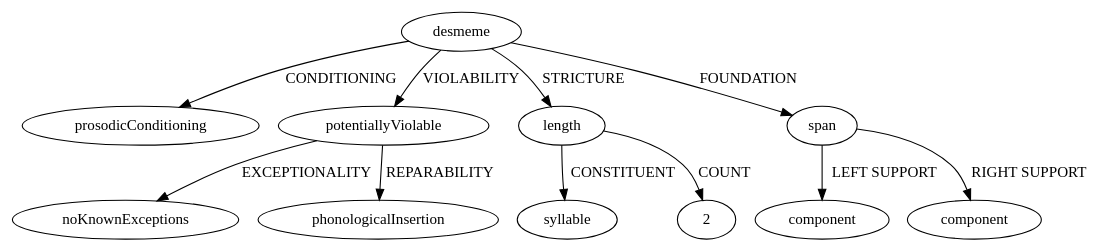
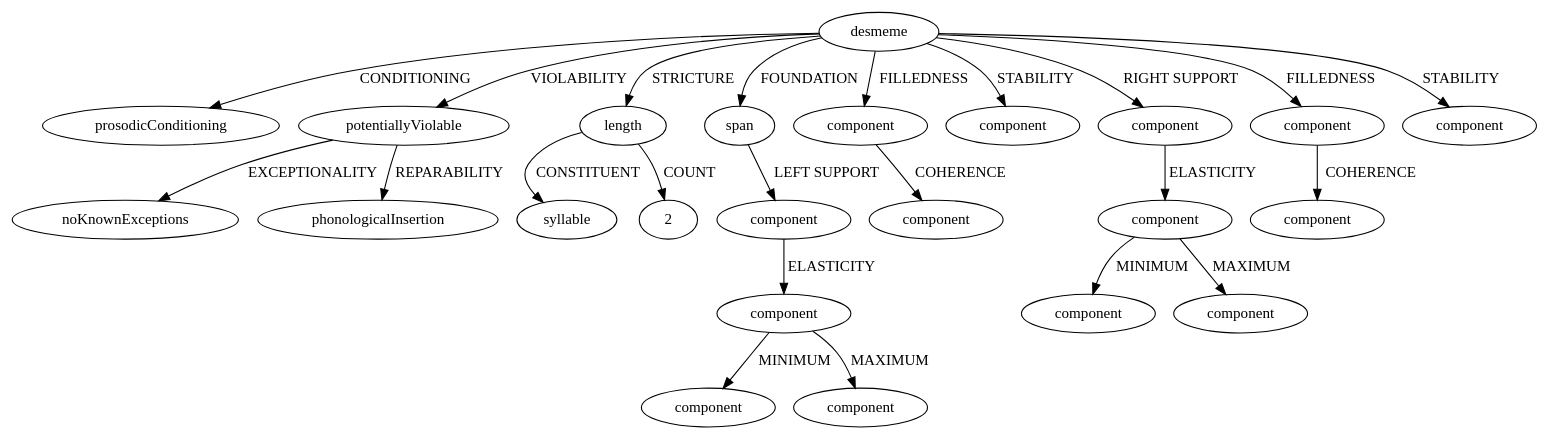
One commit to jcgood/desmeme changed the diagram in Graphs/ChichewaWordMinimality-PhMOR.dot. Above: the diagram before and after it, drawn with Graphviz. The commit also changed 69 other files, not shown here.

```diff
--- a/Graphs/ChichewaWordMinimality-PhMOR.dot
+++ b/Graphs/ChichewaWordMinimality-PhMOR.dot
@@ -1,78 +1,162 @@
 digraph graphname {
-	graph [bb="0,0,858.71,213"];
+	graph [bb="0,0,1232.6,390"];
 	node [label="\N"];
 	desmeme	[height=0.5,
 		label=desmeme,
-		pos="355.2,195",
+		pos="704.2,372",
 		width=1.2985];
 	prosodicConditioning	[height=0.5,
 		label=prosodicConditioning,
-		pos="102.2,106.5",
+		pos="121.2,283.5",
 		width=2.5353];
 	desmeme -> prosodicConditioning	[label=CONDITIONING,
-		lp="251.7,150.75",
-		pos="e,129.8,124.1 312.49,187.2 281.34,181.53 238.42,172.23 202.2,159 180.79,151.18 158.11,139.78 139.77,129.7"];
+		lp="320.7,327.75",
+		pos="e,158.69,300.31 657.2,371.02 577.11,370.22 409.45,364.84 271.2,336 236.31,328.72 198.34,315.63 169.34,304.47"];
 	potentiallyViolable	[height=0.5,
 		label=potentiallyViolable,
-		pos="293.2,106.5",
+		pos="312.2,283.5",
 		width=2.2794];
 	desmeme -> potentiallyViolable	[label=VIOLABILITY,
-		lp="357.08,150.75",
-		pos="e,297.85,124.78 333.19,178.64 326.35,173.06 319.23,166.31 313.95,159 308.89,151.99 304.83,143.56 301.69,135.58"];
+		lp="459.08,327.75",
+		pos="e,338.9,300.93 657.28,370.16 599.4,368.03 498.54,360.72 415.95,336 392.6,329.01 368.1,317.09 348.78,306.48"];
 	length	[height=0.5,
 		label=length,
-		pos="431.2,106.5",
+		pos="497.2,283.5",
 		width=0.94305];
 	desmeme -> length	[label=STRICTURE,
-		lp="448.83,150.75",
-		pos="e,423.11,124.31 377.65,179.1 385.33,173.36 393.63,166.4 400.2,159 406.8,151.56 412.78,142.53 417.69,134.12"];
+		lp="554.45,327.75",
+		pos="e,499.72,301.86 658.65,367.47 610.53,362.88 538.75,353.33 517.7,336 510.57,330.13 505.91,321.43 502.86,312.84"];
 	span	[height=0.5,
 		label=span,
-		pos="644.2,106.5",
+		pos="590.2,283.5",
 		width=0.77245];
 	desmeme -> span	[label=FOUNDATION,
-		lp="584.14,150.75",
-		pos="e,620.19,116.02 394.09,184.56 420.93,177.86 457.39,168.43 489.2,159 530.85,146.66 578.15,130.64 609.43,119.77"];
+		lp="647.7,327.75",
+		pos="e,590.89,301.76 660.49,365.12 640.83,360.34 618.8,351.68 604.2,336 598.36,329.73 594.92,321.28 592.9,313.03"];
+	component_ChichewaWordMinimalityLeftSupport_open	[height=0.5,
+		label=component,
+		pos="688.2,283.5",
+		width=1.4549];
+	desmeme -> component_ChichewaWordMinimalityLeftSupport_open	[label=FILLEDNESS,
+		lp="737.38,327.75",
+		pos="e,691.41,301.85 701.04,353.91 698.89,342.26 695.98,326.55 693.48,313.02"];
+	component_ChichewaWordMinimalityLeftSupport_stable	[height=0.5,
+		label=component,
+		pos="811.2,283.5",
+		width=1.4549];
+	desmeme -> component_ChichewaWordMinimalityLeftSupport_stable	[label=STABILITY,
+		lp="829.5,327.75",
+		pos="e,804.49,301.62 739.86,360.09 753.89,354.53 769.44,346.63 781.2,336 788.62,329.29 794.72,320.3 799.43,311.72"];
+	component_ChichewaWordMinimalityRightSupport	[height=0.5,
+		label=component,
+		pos="934.2,283.5",
+		width=1.4549];
+	desmeme -> component_ChichewaWordMinimalityRightSupport	[label="RIGHT SUPPORT",
+		lp="945.42,327.75",
+		pos="e,917.72,300.85 749.44,366.89 783.39,362.52 830.34,353.66 868.2,336 883.11,329.05 897.73,318.18 909.41,308.22"];
+	component_ChichewaWordMinimalityRightSupport_open	[height=0.5,
+		label=component,
+		pos="1057.2,283.5",
+		width=1.4549];
+	desmeme -> component_ChichewaWordMinimalityRightSupport_open	[label=FILLEDNESS,
+		lp="1065,327.75",
+		pos="e,1043.9,301.39 750.58,369.01 822.62,365.34 957.67,355.99 1001.2,336 1014.4,329.95 1026.6,319.61 1036.2,309.78"];
+	component_ChichewaWordMinimalityRightSupport_stable	[height=0.5,
+		label=component,
+		pos="1180.2,283.5",
+		width=1.4549];
+	desmeme -> component_ChichewaWordMinimalityRightSupport_stable	[label=STABILITY,
+		lp="1173.6,327.75",
+		pos="e,1163.4,300.8 750.89,370.09 842.97,367.78 1044.6,360.07 1109.2,336 1125.8,329.79 1142.1,318.55 1154.8,308.14"];
 	noKnownExceptions	[height=0.5,
 		label=noKnownExceptions,
-		pos="88.202,18",
+		pos="88.202,195",
 		width=2.45];
 	potentiallyViolable -> noKnownExceptions	[label=EXCEPTIONALITY,
-		lp="227.45,62.25",
-		pos="e,110.74,35.737 236.67,93.128 215.22,87.495 190.87,79.947 169.7,70.5 152.4,62.777 134.46,51.813 119.84,41.986"];
+		lp="235.45,239.25",
+		pos="e,112.75,212.53 252.83,270.67 229.01,264.99 201.6,257.28 177.7,247.5 158.6,239.69 138.58,228.49 122.33,218.53"];
 	phonologicalInsertion	[height=0.5,
 		label=phonologicalInsertion,
-		pos="286.2,18",
+		pos="286.2,195",
 		width=2.5496];
 	potentiallyViolable -> phonologicalInsertion	[label=REPARABILITY,
-		lp="339.08,62.25",
-		pos="e,287.61,36.35 291.82,88.41 290.88,76.758 289.6,61.047 288.51,47.519"];
+		lp="350.28,239.25",
+		pos="e,291.42,213.35 307.06,265.41 303.53,253.64 298.74,237.73 294.65,224.11"];
 	syllable	[height=0.5,
 		label=syllable,
-		pos="435.2,18",
+		pos="435.2,195",
 		width=1.0994];
 	length -> syllable	[label=CONSTITUENT,
-		lp="478.7,62.25",
-		pos="e,433.48,36.431 431.25,88.323 431.35,78.306 431.6,65.431 432.2,54 432.31,51.943 432.44,49.819 432.59,47.682"];
+		lp="464.7,239.25",
+		pos="e,422.89,212.26 465.15,276.96 448.12,272.21 428.59,263.47 418.2,247.5 413.29,239.95 414.42,230.86 417.76,222.43"];
 	"ChichewaWordMinimality-PhMOR-length-COUNT-1_2"	[height=0.5,
 		label=2,
-		pos="547.2,18",
+		pos="529.2,195",
 		width=0.75];
 	length -> "ChichewaWordMinimality-PhMOR-length-COUNT-1_2"	[label=COUNT,
-		lp="559.83,62.25",
-		pos="e,543.54,36.323 463.39,100.2 483.35,95.44 508.32,86.605 525.2,70.5 531.85,64.154 536.59,55.47 539.93,47.04"];
+		lp="543.63,239.25",
+		pos="e,525.53,212.99 506.72,265.74 509.7,260.07 512.83,253.62 515.2,247.5 518.1,240.04 520.63,231.76 522.72,224.05"];
 	component_ChichewaWordMinimalityLeftSupport	[height=0.5,
 		label=component,
-		pos="644.2,18",
+		pos="626.2,195",
 		width=1.4549];
 	span -> component_ChichewaWordMinimalityLeftSupport	[label="LEFT SUPPORT",
-		lp="691.45,62.25",
-		pos="e,644.2,36.35 644.2,88.41 644.2,76.758 644.2,61.047 644.2,47.519"];
-	component_ChichewaWordMinimalityRightSupport	[height=0.5,
+		lp="658.68,239.25",
+		pos="e,619.04,213.22 597.14,265.82 602.11,253.89 608.91,237.55 614.68,223.68"];
+	component_ChichewaWordMinimalityLeftSupport_elastic	[height=0.5,
 		label=component,
-		pos="767.2,18",
+		pos="626.2,106.5",
 		width=1.4549];
-	span -> component_ChichewaWordMinimalityRightSupport	[label="RIGHT SUPPORT",
-		lp="806.96,62.25",
-		pos="e,762.87,36.394 671.53,101.75 693.26,97.502 723.23,88.638 743.2,70.5 750.11,64.229 755.19,55.564 758.84,47.129"];
+	component_ChichewaWordMinimalityLeftSupport -> component_ChichewaWordMinimalityLeftSupport_elastic	[label=ELASTICITY,
+		lp="665.2,150.75",
+		pos="e,626.2,124.85 626.2,176.91 626.2,165.26 626.2,149.55 626.2,136.02"];
+	component_ChichewaWordMinimalityLeftSupport_1	[height=0.5,
+		label=component,
+		pos="565.2,18",
+		width=1.4549];
+	component_ChichewaWordMinimalityLeftSupport_elastic -> component_ChichewaWordMinimalityLeftSupport_1	[label=MINIMUM,
+		lp="632.83,62.25",
+		pos="e,576.03,35.888 613.19,88.932 608.75,83.16 603.8,76.601 599.45,70.5 593.69,62.422 587.62,53.464 582.22,45.314"];
+	component_ChichewaWordMinimalityLeftSupport_∞	[height=0.5,
+		label=component,
+		pos="688.2,18",
+		width=1.4549];
+	component_ChichewaWordMinimalityLeftSupport_elastic -> component_ChichewaWordMinimalityLeftSupport_∞	[label=MAXIMUM,
+		lp="711.48,62.25",
+		pos="e,683.02,36.233 647.86,89.625 654.36,84.103 661.11,77.52 666.2,70.5 671.38,63.359 675.66,54.81 679.01,46.747"];
+	component_ChichewaWordMinimalityLeftSupport_coherent	[height=0.5,
+		label=component,
+		pos="749.2,195",
+		width=1.4549];
+	component_ChichewaWordMinimalityLeftSupport_open -> component_ChichewaWordMinimalityLeftSupport_coherent	[label=COHERENCE,
+		lp="764.67,239.25",
+		pos="e,737.27,212.92 699.96,265.82 708.68,253.46 720.74,236.36 730.74,222.18"];
+	component_ChichewaWordMinimalityRightSupport_elastic	[height=0.5,
+		label=component,
+		pos="934.2,195",
+		width=1.4549];
+	component_ChichewaWordMinimalityRightSupport -> component_ChichewaWordMinimalityRightSupport_elastic	[label=ELASTICITY,
+		lp="973.2,239.25",
+		pos="e,934.2,213.35 934.2,265.41 934.2,253.76 934.2,238.05 934.2,224.52"];
+	component_ChichewaWordMinimalityRightSupport_1	[height=0.5,
+		label=component,
+		pos="872.2,106.5",
+		width=1.4549];
+	component_ChichewaWordMinimalityRightSupport_elastic -> component_ChichewaWordMinimalityRightSupport_1	[label=MINIMUM,
+		lp="921.83,150.75",
+		pos="e,874.94,124.91 908.91,178.94 901.45,173.46 893.85,166.7 888.45,159 883.68,152.19 880.26,143.92 877.83,136.02"];
+	component_ChichewaWordMinimalityRightSupport_∞	[height=0.5,
+		label=component,
+		pos="995.2,106.5",
+		width=1.4549];
+	component_ChichewaWordMinimalityRightSupport_elastic -> component_ChichewaWordMinimalityRightSupport_∞	[label=MAXIMUM,
+		lp="1006.2,150.75",
+		pos="e,983.27,124.42 945.96,177.32 954.68,164.96 966.74,147.86 976.74,133.68"];
+	component_ChichewaWordMinimalityRightSupport_coherent	[height=0.5,
+		label=component,
+		pos="1057.2,195",
+		width=1.4549];
+	component_ChichewaWordMinimalityRightSupport_open -> component_ChichewaWordMinimalityRightSupport_coherent	[label=COHERENCE,
+		lp="1097.7,239.25",
+		pos="e,1057.2,213.35 1057.2,265.41 1057.2,253.76 1057.2,238.05 1057.2,224.52"];
 }
```
